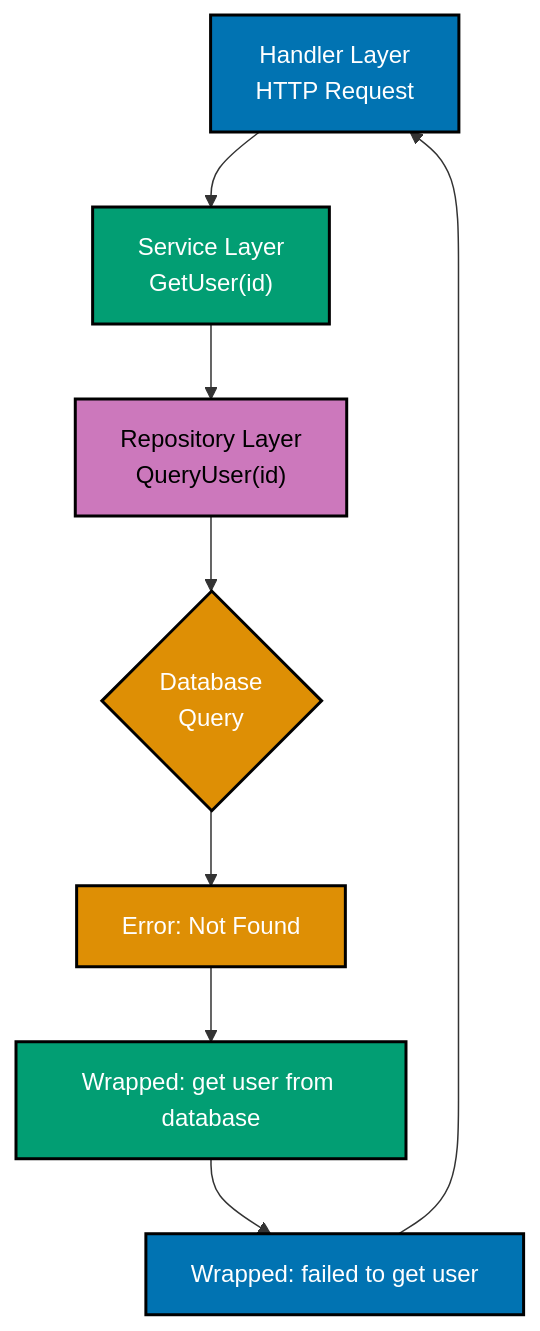
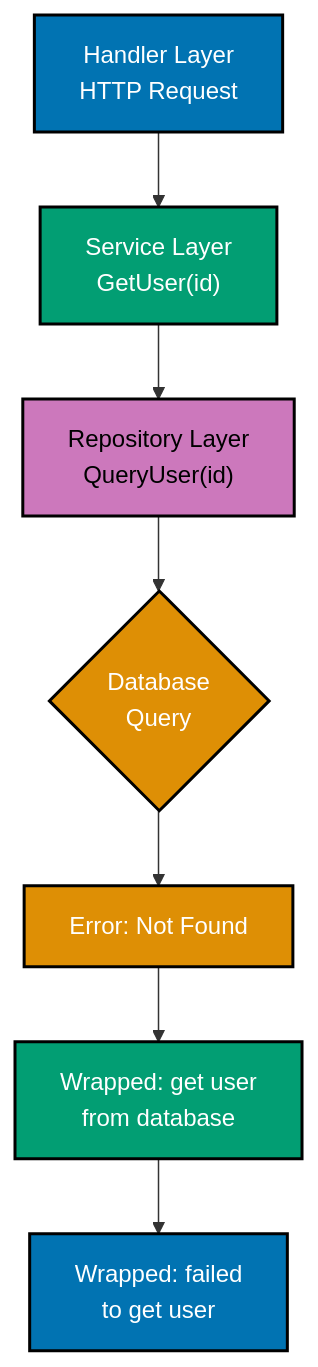
The first of 4 diagrams in docs/explanation/software-engineering/programming-languages/golang/error-handling-standards.md (wahidyankf/ose-primer), drawn with Mermaid before and after one commit. The commit also changed other lines of this file and 11 other files, not shown here.

Commit message:
fix(docs): fix mermaid violations in golang/ docs (batch 3/10)

````diff
--- a/docs/explanation/software-engineering/programming-languages/golang/error-handling-standards.md
+++ b/docs/explanation/software-engineering/programming-languages/golang/error-handling-standards.md
@@ -364,26 +364,25 @@
 ```mermaid
 %% Color Palette: Blue #0173B2, Orange #DE8F05, Teal #029E73, Purple #CC78BC
 %% Error wrapping propagation chain
 
 graph TD
     A["Handler Layer<br/>HTTP Request"]:::blue
     B["Service Layer<br/>GetUser#40;id#41;"]:::teal
     C["Repository Layer<br/>QueryUser#40;id#41;"]:::purple
     D{"Database<br/>Query"}:::orange
     E["Error: Not Found"]:::orange
-    F["Wrapped: get user from database"]:::teal
-    G["Wrapped: failed to get user"]:::blue
+    F["Wrapped: get user<br/>from database"]:::teal
+    G["Wrapped: failed<br/>to get user"]:::blue
 
     A --> B
     B --> C
     C --> D
     D --> E
     E --> F
     F --> G
-    G --> A
 
     classDef blue fill:#0173B2,stroke:#000000,color:#FFFFFF,stroke-width:2px
     classDef orange fill:#DE8F05,stroke:#000000,color:#FFFFFF,stroke-width:2px
     classDef teal fill:#029E73,stroke:#000000,color:#FFFFFF,stroke-width:2px
     classDef purple fill:#CC78BC,stroke:#000000,color:#000000,stroke-width:2px
 ```
````
